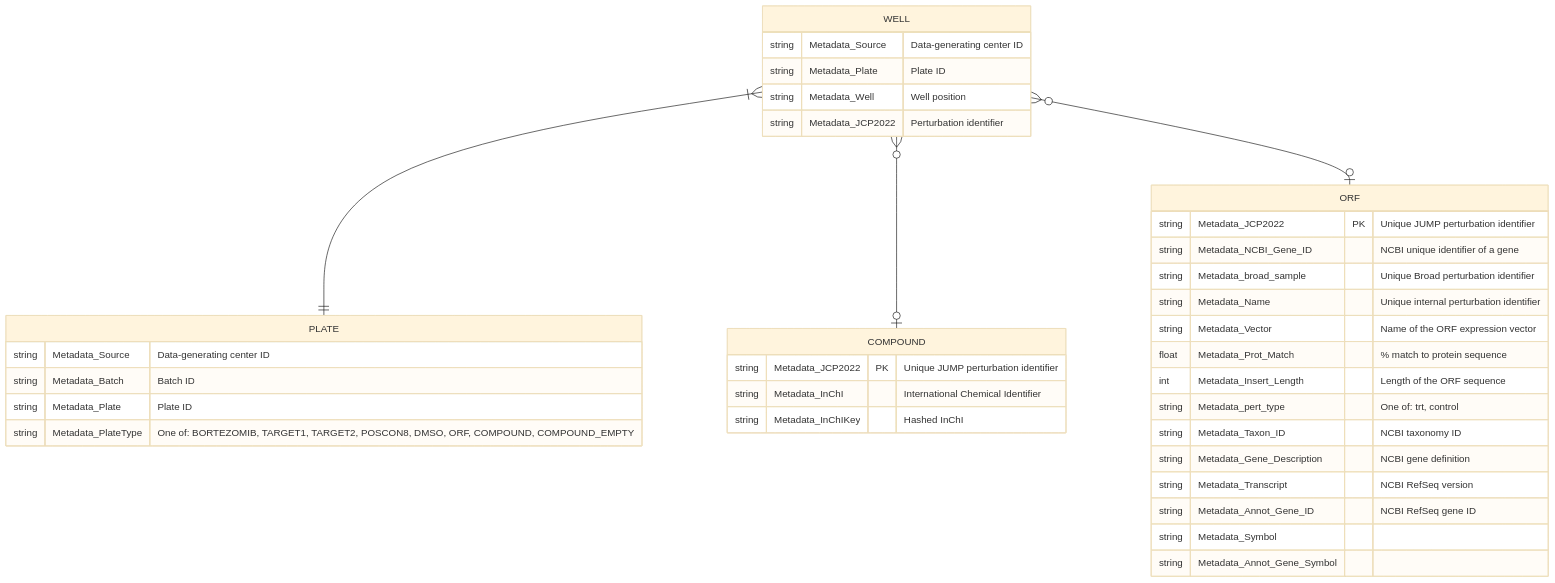
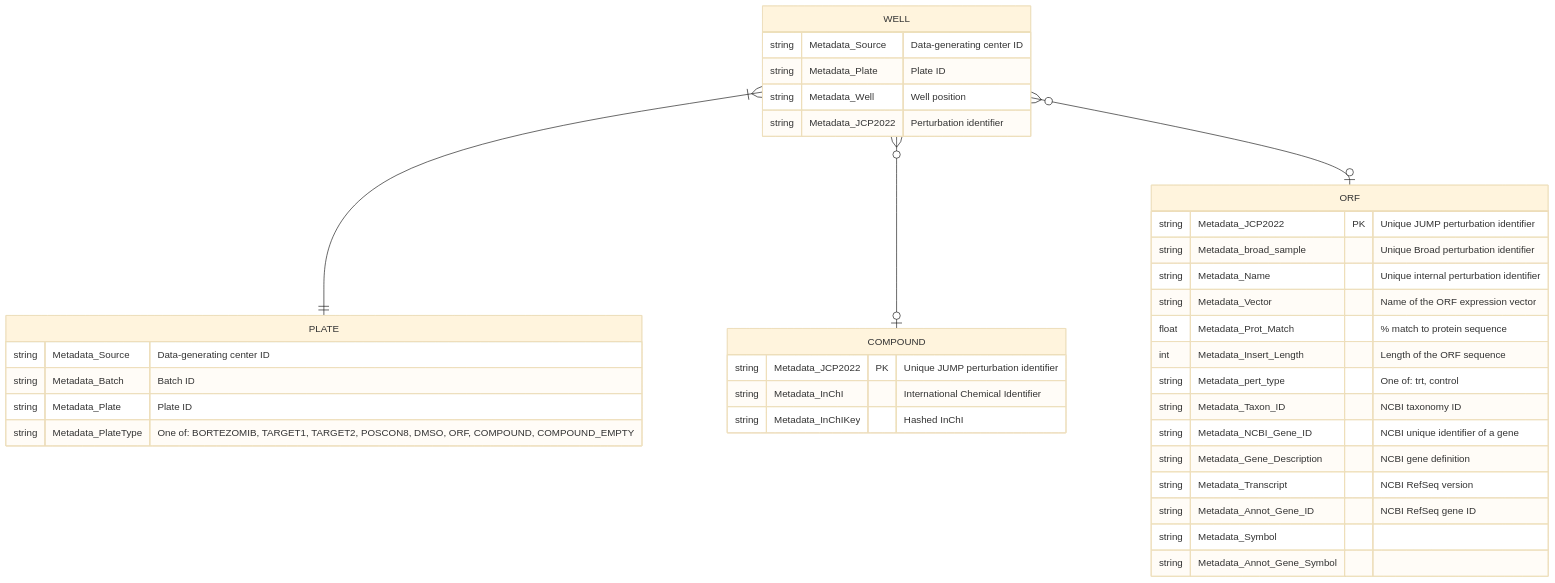
The diagram in metadata/README.md (jump-cellpainting/datasets), drawn with Mermaid (base theme) before and after one commit. The commit also changed other lines of this file, not shown here.

````diff
--- a/metadata/README.md
+++ b/metadata/README.md
@@ -6,39 +6,39 @@
 ```mermaid
 erDiagram
     WELL }|--|| PLATE : ""
     WELL {
         string Metadata_Source "Data-generating center ID"
         string Metadata_Plate "Plate ID"
         string Metadata_Well "Well position"
         string Metadata_JCP2022 "Perturbation identifier"
     }
     PLATE {
         string Metadata_Source "Data-generating center ID"
         string Metadata_Batch "Batch ID"
         string Metadata_Plate "Plate ID"
         string Metadata_PlateType "One of: BORTEZOMIB, TARGET1, TARGET2, POSCON8, DMSO, ORF, COMPOUND, COMPOUND_EMPTY"
     }
     WELL }o--o| COMPOUND : ""
     COMPOUND {
         string Metadata_JCP2022 PK "Unique JUMP perturbation identifier"
         string Metadata_InChI "International Chemical Identifier"
         string Metadata_InChIKey "Hashed InChI"
     }
     WELL }o--o| ORF : ""
     ORF {
         string Metadata_JCP2022 PK "Unique JUMP perturbation identifier"
-        string Metadata_NCBI_Gene_ID "NCBI unique identifier of a gene"
         string Metadata_broad_sample "Unique Broad perturbation identifier"
         string Metadata_Name "Unique internal perturbation identifier"
         string Metadata_Vector "Name of the ORF expression vector"
         float Metadata_Prot_Match "% match to protein sequence"
         int Metadata_Insert_Length "Length of the ORF sequence"
         string Metadata_pert_type "One of: trt, control"
         string Metadata_Taxon_ID "NCBI taxonomy ID"
+        string Metadata_NCBI_Gene_ID "NCBI unique identifier of a gene"
         string Metadata_Gene_Description "NCBI gene definition"
         string Metadata_Transcript "NCBI RefSeq version"
         string Metadata_Annot_Gene_ID "NCBI RefSeq gene ID"
         string Metadata_Symbol ""
         string Metadata_Annot_Gene_Symbol ""
     }
 ```
````
